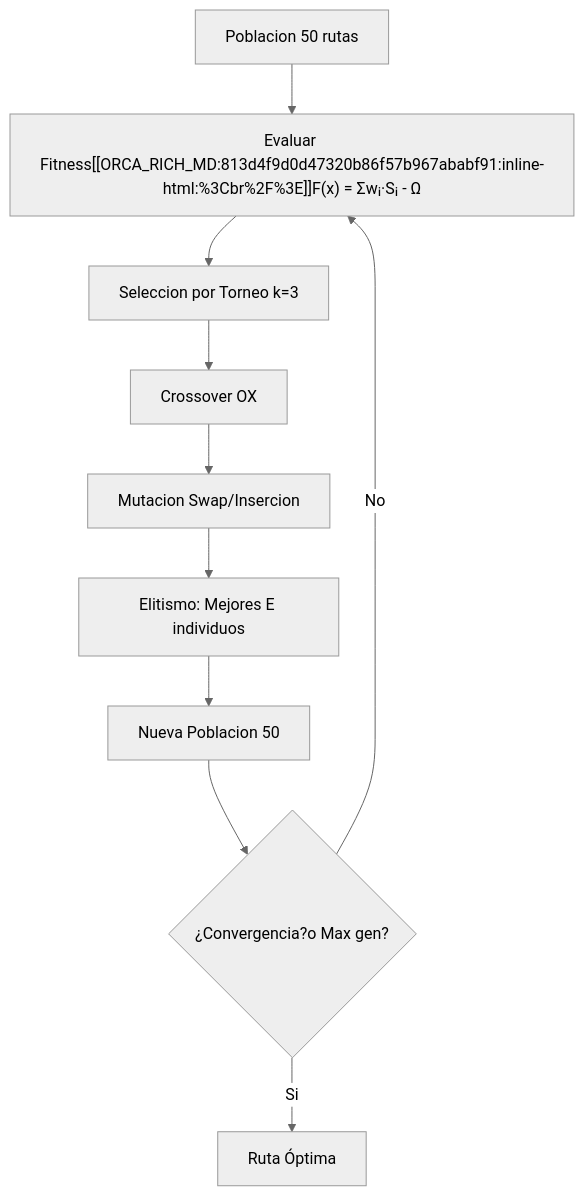
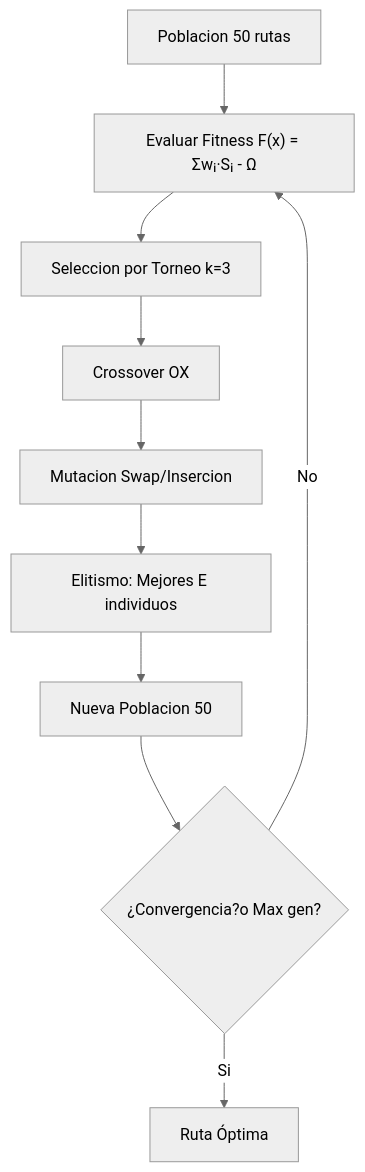
Before and after one commit to angel4luu/si-project-unmsm: the sixth of 8 diagrams in README.md, drawn with Mermaid (neutral theme). The commit also changed other lines of this file and 6 other files, not shown here.

````diff
--- a/README.md
+++ b/README.md
@@ -561,12 +528,12 @@
 ```mermaid
 flowchart TB
-    P["Poblacion 50 rutas"] --> E["Evaluar Fitness[[ORCA_RICH_MD:813d4f9d0d47320b86f57b967ababf91:inline-html:%3Cbr%2F%3E]]F(x) = Σwᵢ·Sᵢ - Ω"]
+    P["Poblacion 50 rutas"] --> E["Evaluar Fitness F(x) = Σwᵢ·Sᵢ - Ω"]
     E --> S["Seleccion por Torneo k=3"]
     S --> C["Crossover OX"]
     C --> M["Mutacion Swap/Insercion"]
     M --> EL["Elitismo: Mejores E individuos"]
     EL --> N["Nueva Poblacion 50"]
     N --> C2{¿Convergencia?o Max gen?}
     C2 -->|No| E
     C2 -->|Si| R[" Ruta Óptima"]
 ```
````
